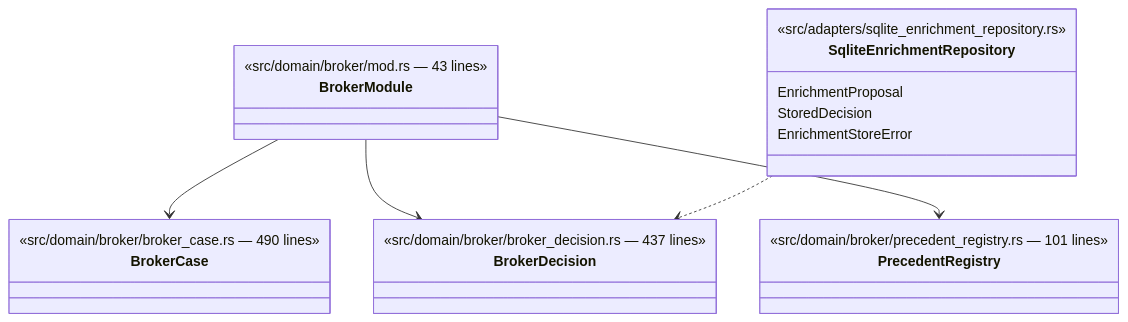
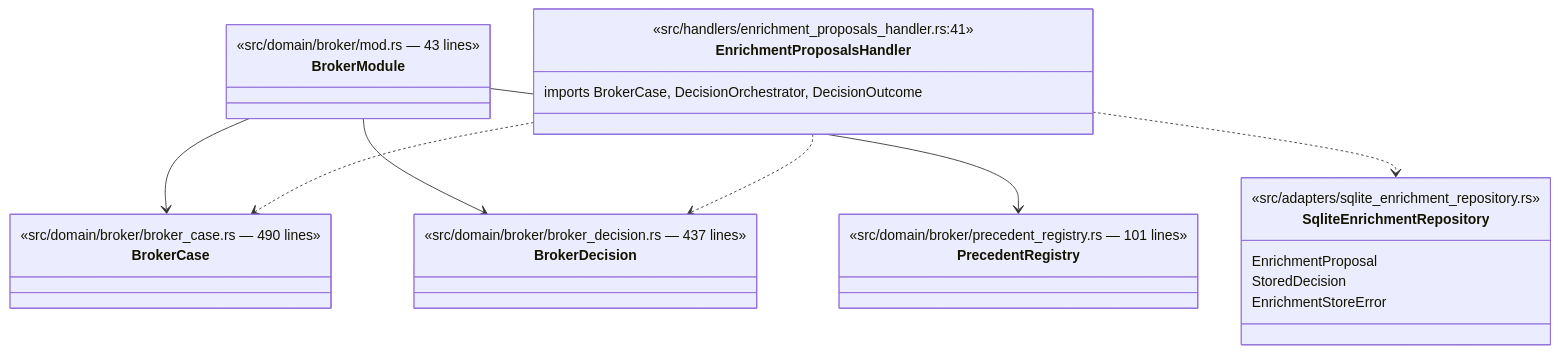
One commit to DreamLab-AI/VisionFlow changed the sixth of 9 diagrams in docs/diagrams/visionclaw/07-hexagonal-ports-and-crates.md. Above: the diagram before and after it, drawn with Mermaid. The commit also changed other lines of this file and 173 other files, not shown here.

````diff
--- a/docs/diagrams/visionclaw/07-hexagonal-ports-and-crates.md
+++ b/docs/diagrams/visionclaw/07-hexagonal-ports-and-crates.md
@@ -291,25 +298,31 @@
 ```mermaid
 classDiagram
     class BrokerCase {
       <<src/domain/broker/broker_case.rs — 490 lines>>
     }
     class BrokerDecision {
       <<src/domain/broker/broker_decision.rs — 437 lines>>
     }
     class PrecedentRegistry {
       <<src/domain/broker/precedent_registry.rs — 101 lines>>
     }
     class BrokerModule {
       <<src/domain/broker/mod.rs — 43 lines>>
     }
     BrokerModule --> BrokerCase
     BrokerModule --> BrokerDecision
     BrokerModule --> PrecedentRegistry
     class SqliteEnrichmentRepository {
       <<src/adapters/sqlite_enrichment_repository.rs>>
       EnrichmentProposal
       StoredDecision
       EnrichmentStoreError
     }
-    SqliteEnrichmentRepository ..> BrokerDecision
+    class EnrichmentProposalsHandler {
+      <<src/handlers/enrichment_proposals_handler.rs:41>>
+      imports BrokerCase, DecisionOrchestrator, DecisionOutcome
+    }
+    EnrichmentProposalsHandler ..> BrokerCase
+    EnrichmentProposalsHandler ..> BrokerDecision
+    EnrichmentProposalsHandler ..> SqliteEnrichmentRepository
 ```
````
